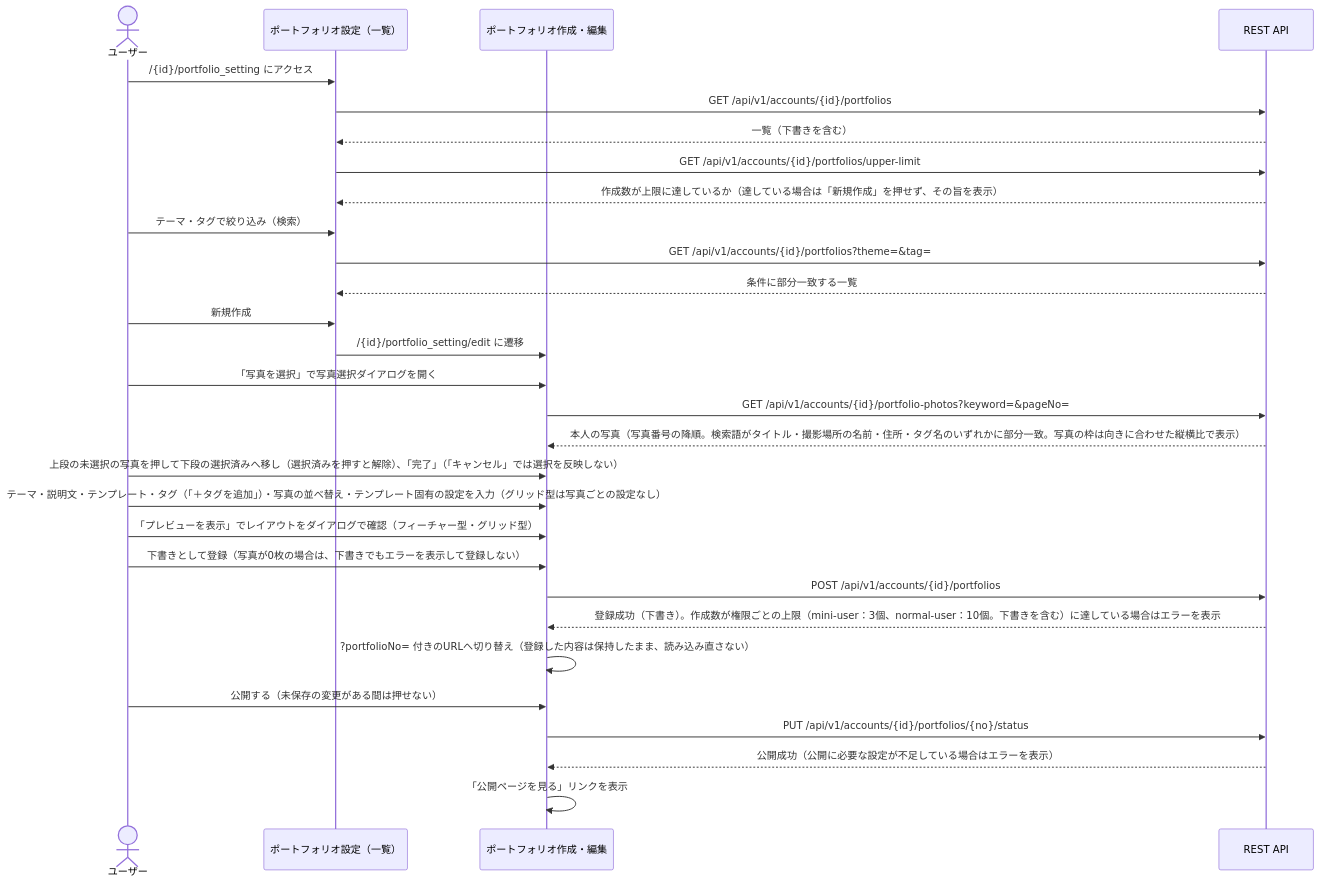
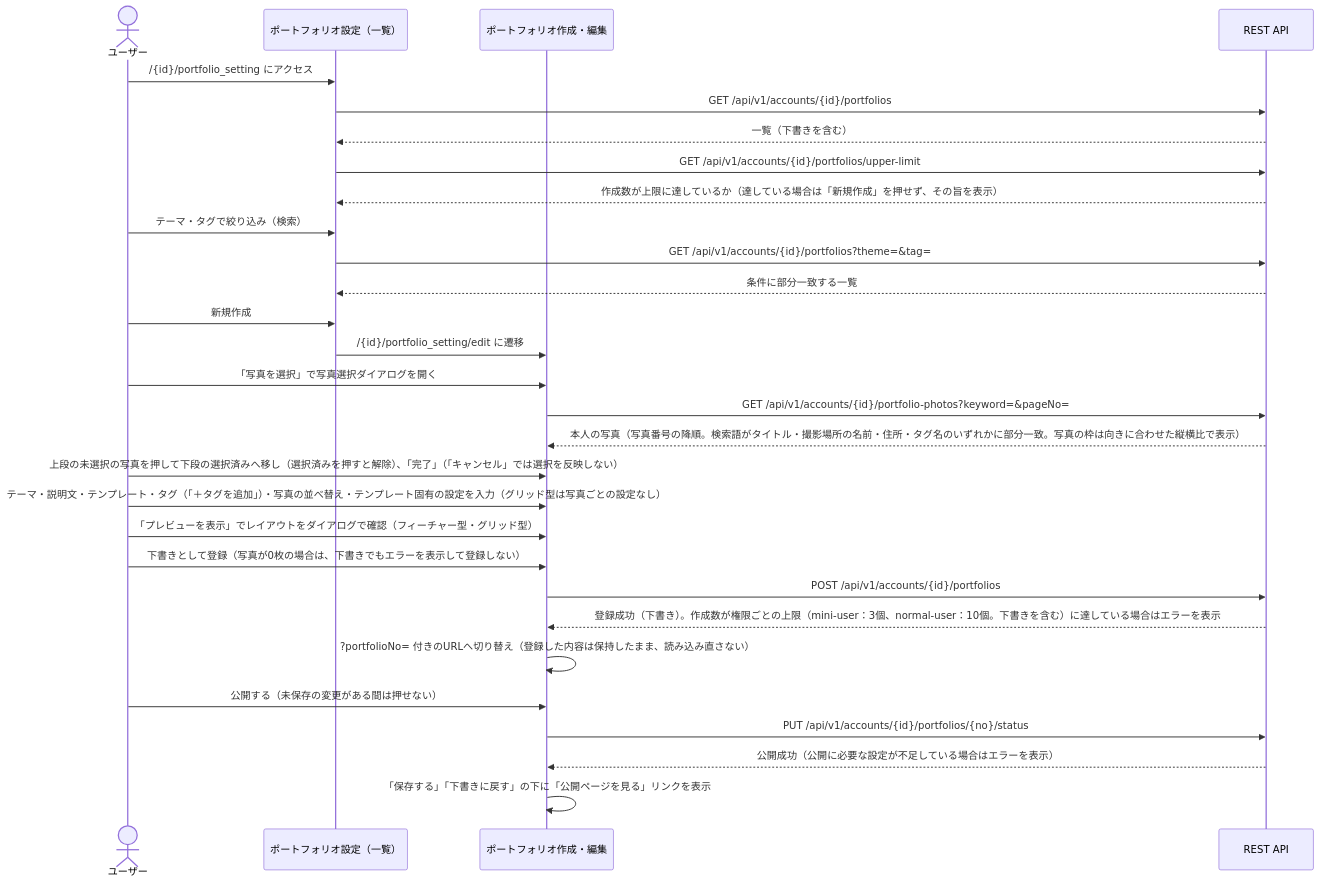
One commit to KentoKodama214/WebGallery changed the fifth of 11 diagrams in doc/view/screen-transition.md. Above: the diagram before and after it, drawn with Mermaid. The commit also changed 2 other files, not shown here.

Commit message:
feat(portfolio-public): show the public page link below the save and unpublish buttons

````diff
--- a/doc/view/screen-transition.md
+++ b/doc/view/screen-transition.md
@@ -222,32 +222,32 @@
 ```mermaid
 sequenceDiagram
     actor User as ユーザー
     participant List as ポートフォリオ設定（一覧）
     participant Edit as ポートフォリオ作成・編集
     participant API as REST API
 
     User->>List: /{id}/portfolio_setting にアクセス
     List->>API: GET /api/v1/accounts/{id}/portfolios
     API-->>List: 一覧（下書きを含む）
     List->>API: GET /api/v1/accounts/{id}/portfolios/upper-limit
     API-->>List: 作成数が上限に達しているか（達している場合は「新規作成」を押せず、その旨を表示）
     User->>List: テーマ・タグで絞り込み（検索）
     List->>API: GET /api/v1/accounts/{id}/portfolios?theme=&tag=
     API-->>List: 条件に部分一致する一覧
     User->>List: 新規作成
     List->>Edit: /{id}/portfolio_setting/edit に遷移
     User->>Edit: 「写真を選択」で写真選択ダイアログを開く
     Edit->>API: GET /api/v1/accounts/{id}/portfolio-photos?keyword=&pageNo=
     API-->>Edit: 本人の写真（写真番号の降順。検索語がタイトル・撮影場所の名前・住所・タグ名のいずれかに部分一致。写真の枠は向きに合わせた縦横比で表示）
     User->>Edit: 上段の未選択の写真を押して下段の選択済みへ移し（選択済みを押すと解除）、「完了」（「キャンセル」では選択を反映しない）
     User->>Edit: テーマ・説明文・テンプレート・タグ（「＋タグを追加」）・写真の並べ替え・テンプレート固有の設定を入力（グリッド型は写真ごとの設定なし）
     User->>Edit: 「プレビューを表示」でレイアウトをダイアログで確認（フィーチャー型・グリッド型）
     User->>Edit: 下書きとして登録（写真が0枚の場合は、下書きでもエラーを表示して登録しない）
     Edit->>API: POST /api/v1/accounts/{id}/portfolios
     API-->>Edit: 登録成功（下書き）。作成数が権限ごとの上限（mini-user：3個、normal-user：10個。下書きを含む）に達している場合はエラーを表示
     Edit->>Edit: ?portfolioNo= 付きのURLへ切り替え（登録した内容は保持したまま、読み込み直さない）
     User->>Edit: 公開する（未保存の変更がある間は押せない）
     Edit->>API: PUT /api/v1/accounts/{id}/portfolios/{no}/status
     API-->>Edit: 公開成功（公開に必要な設定が不足している場合はエラーを表示）
-    Edit->>Edit: 「公開ページを見る」リンクを表示
+    Edit->>Edit: 「保存する」「下書きに戻す」の下に「公開ページを見る」リンクを表示
 ```
````
